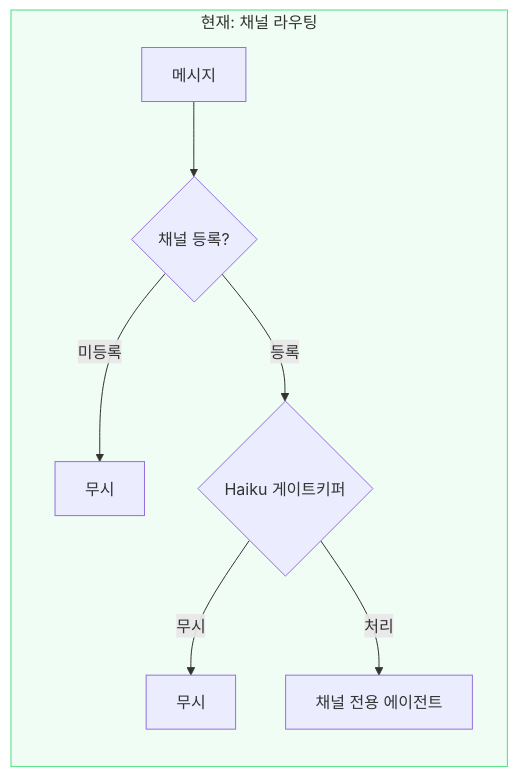
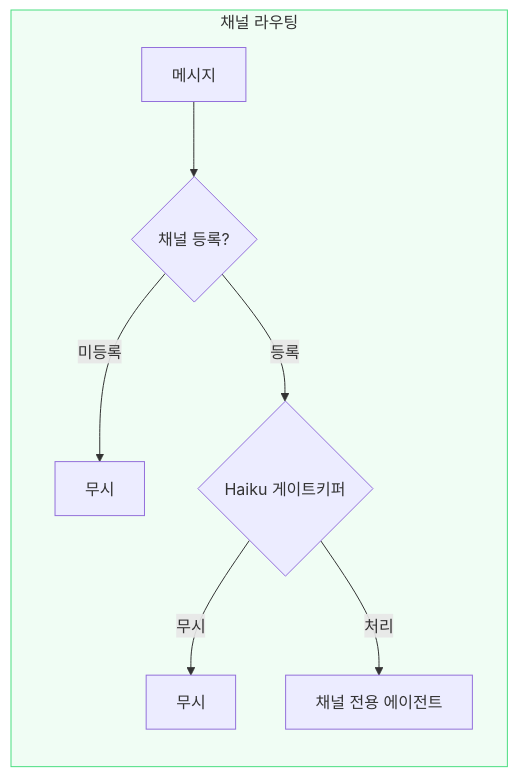
Before and after one commit to kimduksoo/duksoo-tech-blog: the second of 3 diagrams in content/ai/ai-infra-automation-v2.md, drawn with Mermaid. The commit also changed other lines of this file, not shown here.

````diff
--- a/content/ai/ai-infra-automation-v2.md
+++ b/content/ai/ai-infra-automation-v2.md
@@ -129,12 +84,12 @@
 ```mermaid
 flowchart LR
-    subgraph After[현재: 채널 라우팅]
+    subgraph After[채널 라우팅]
         Msg2[메시지] --> CH{채널 등록?}
         CH -->|미등록| Drop3[무시]
         CH -->|등록| GK{Haiku 게이트키퍼}
         GK -->|무시| Drop4[무시]
         GK -->|처리| Agent[채널 전용 에이전트]
     end
 
     style After fill:#f0fdf4,stroke:#4ade80
 ```
````
